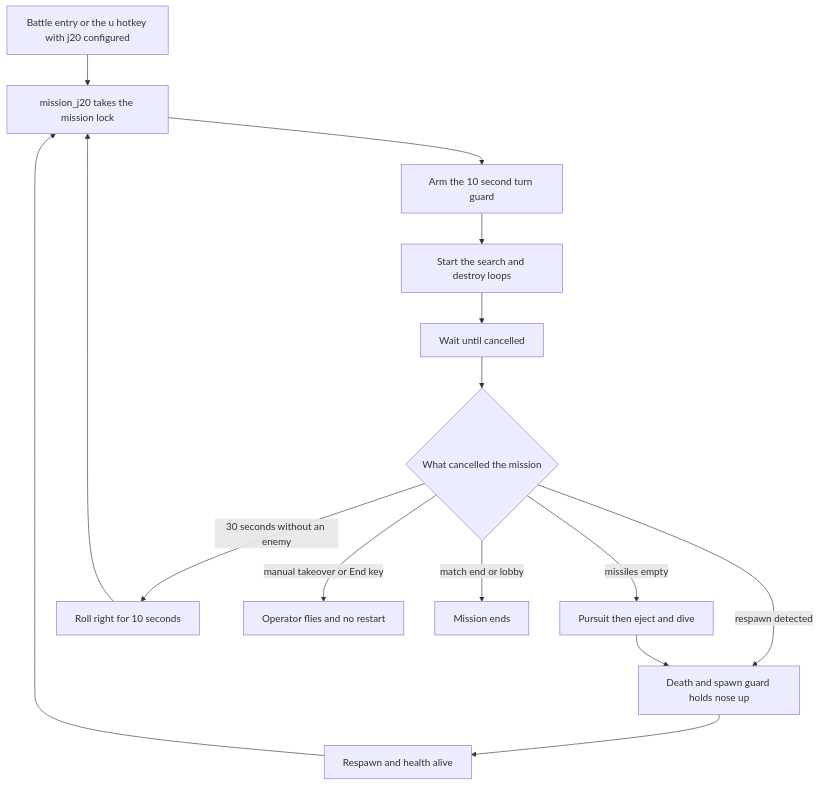
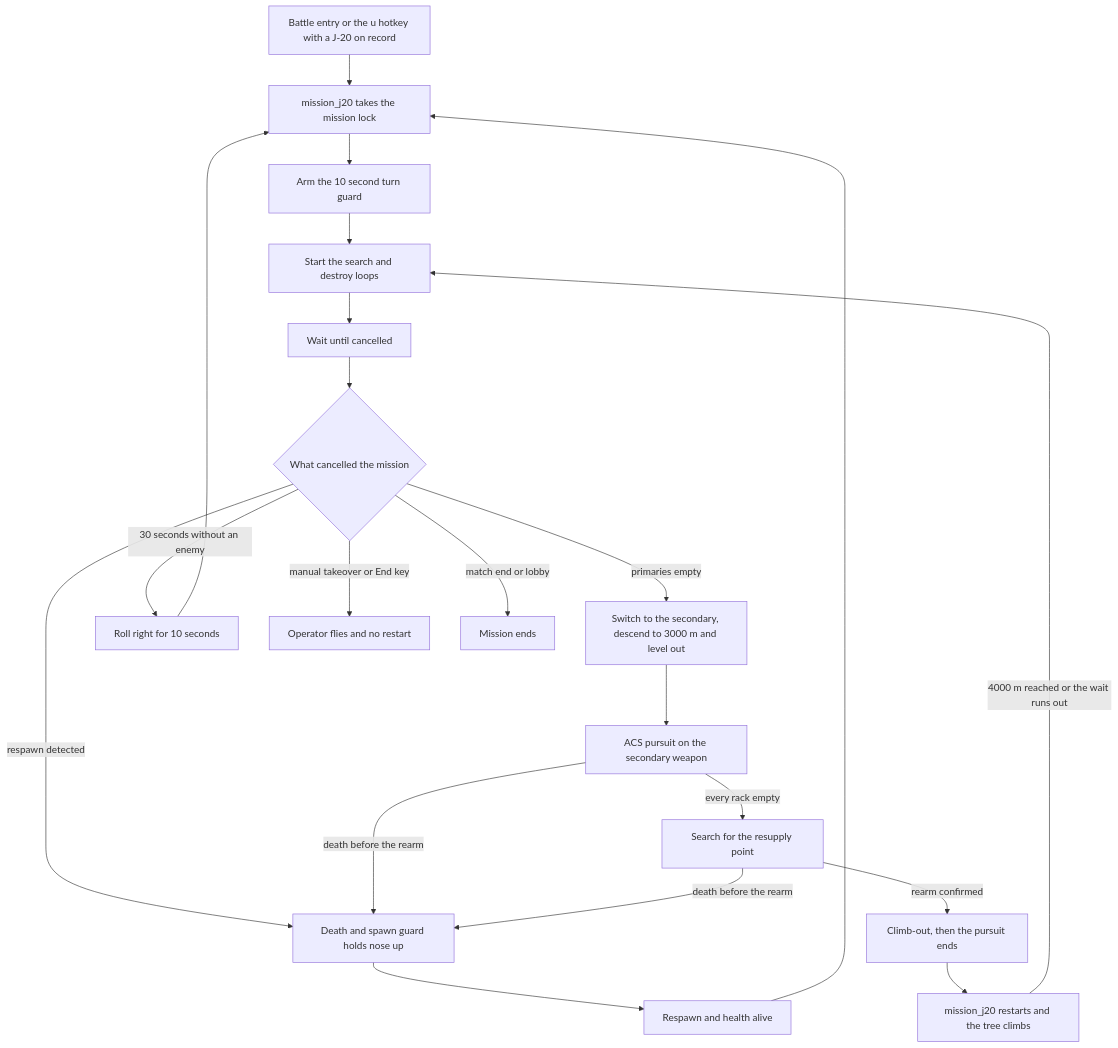
The diagram in docs/missions/j20.md (mhouse1/wingman), drawn with Mermaid before and after one commit. The commit also changed other lines of this file and 19 other files, not shown here.

````diff
--- a/docs/missions/j20.md
+++ b/docs/missions/j20.md
@@ -38,17 +48,23 @@
 ```mermaid
 flowchart TD
-    A[Battle entry or the u hotkey with j20 configured] --> M[mission_j20 takes the mission lock]
+    A[Battle entry or the u hotkey with a J-20 on record] --> M[mission_j20 takes the mission lock]
     R[Respawn and health alive] --> M
     M --> G[Arm the 10 second turn guard]
     G --> S[Start the search and destroy loops]
     S --> W[Wait until cancelled]
     W --> C{What cancelled the mission}
     C -->|respawn detected| D[Death and spawn guard holds nose up]
     D --> R
-    C -->|missiles empty| E[Pursuit then eject and dive]
-    E --> D
+    C -->|primaries empty| V[Switch to the secondary, descend to 3000 m and level out]
+    V --> E[ACS pursuit on the secondary weapon]
+    E -->|every rack empty| P[Search for the resupply point]
+    P -->|rearm confirmed| B[Climb-out, then the pursuit ends]
+    B --> K[mission_j20 restarts and the tree climbs]
+    K -->|4000 m reached or the wait runs out| S
+    E -->|death before the rearm| D
+    P -->|death before the rearm| D
     C -->|30 seconds without an enemy| F[Roll right for 10 seconds]
     F --> M
     C -->|manual takeover or End key| H[Operator flies and no restart]
     C -->|match end or lobby| L[Mission ends]
 ```
````
